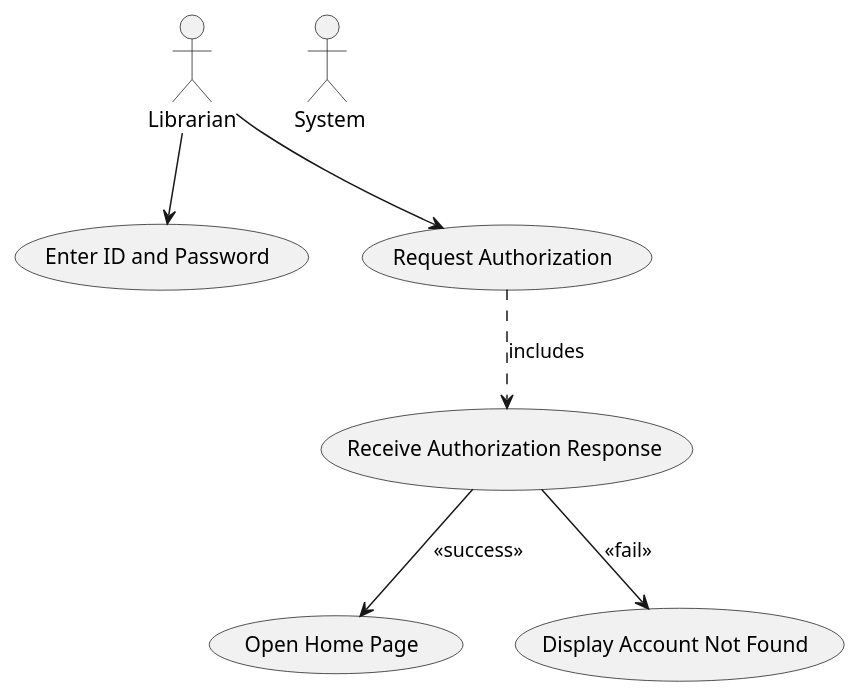
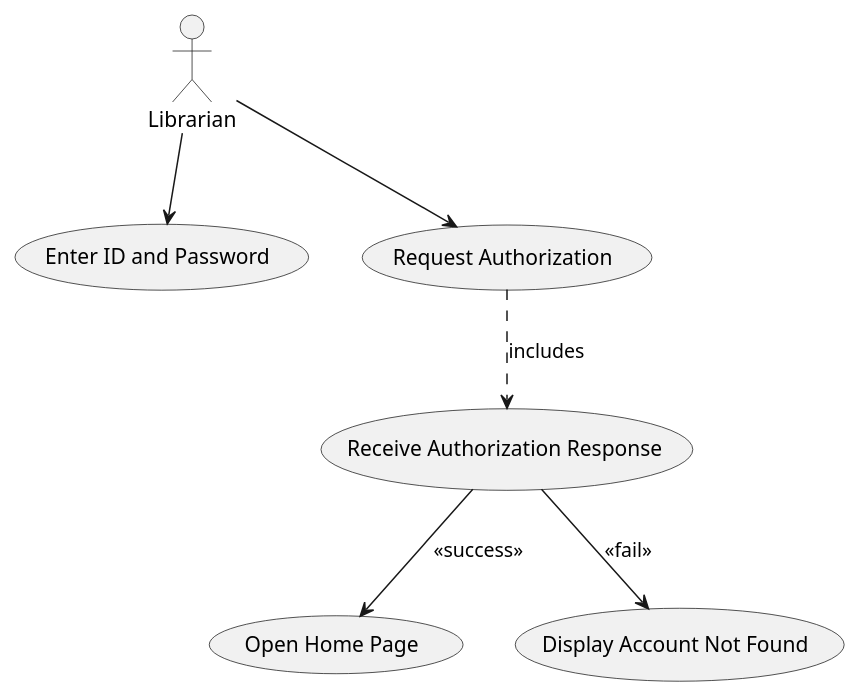
Before and after one commit to SalmaAzeem/library-system: the diagram in diagrams/log in.puml, drawn with PlantUML. The commit also changed 2 other files, not shown here.

Commit message:
modify the use cases to remove system

```diff
--- a/diagrams/log in.puml
+++ b/diagrams/log in.puml
@@ -1,18 +1,17 @@
 @startuml
 'https://plantuml.com/use-case-diagram
 actor :Librarian:
-actor : System: as sys
 
 
 (Enter ID and Password) as enter
 (Request Authorization) as auth_req
 (Receive Authorization Response) as auth_resp
 (Open Home Page) as home
 (Display Account Not Found) as not_found
 
 Librarian --> enter
 Librarian --> auth_req
 auth_req ..> auth_resp : includes
 auth_resp --> home : <<success>>
 auth_resp --> not_found : <<fail>>
 @enduml
```
